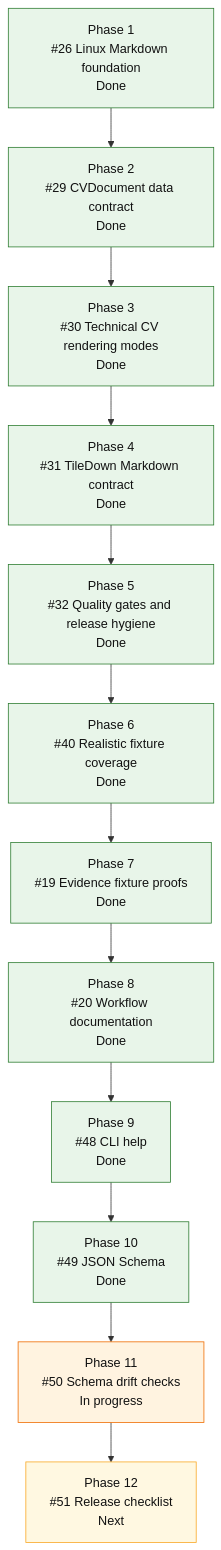
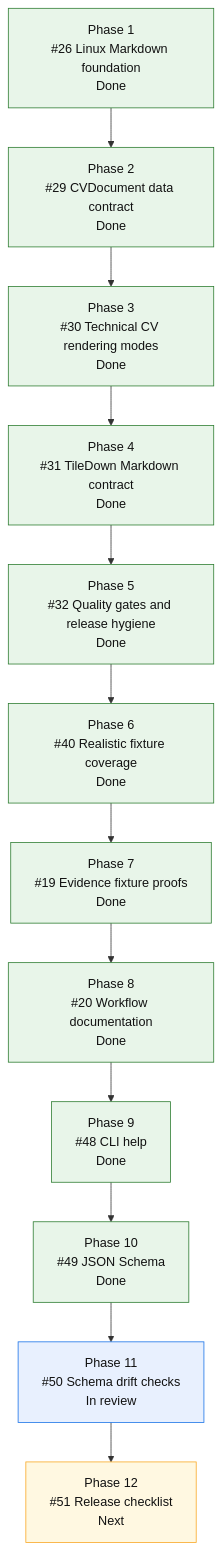
One commit to mihaelamj/cvbuilder changed the diagram in README.md. Above: the diagram before and after it, drawn with Mermaid. The commit also changed 1 other file, not shown here.

Commit message:
docs(roadmap): mark schema drift in review

````diff
--- a/README.md
+++ b/README.md
@@ -165,28 +165,28 @@
 ```mermaid
 flowchart TD
     P1["Phase 1<br/>#26 Linux Markdown foundation<br/>Done"]
     P2["Phase 2<br/>#29 CVDocument data contract<br/>Done"]
     P3["Phase 3<br/>#30 Technical CV rendering modes<br/>Done"]
     P4["Phase 4<br/>#31 TileDown Markdown contract<br/>Done"]
     P5["Phase 5<br/>#32 Quality gates and release hygiene<br/>Done"]
     P6["Phase 6<br/>#40 Realistic fixture coverage<br/>Done"]
     P7["Phase 7<br/>#19 Evidence fixture proofs<br/>Done"]
     P8["Phase 8<br/>#20 Workflow documentation<br/>Done"]
     P9["Phase 9<br/>#48 CLI help<br/>Done"]
     P10["Phase 10<br/>#49 JSON Schema<br/>Done"]
-    P11["Phase 11<br/>#50 Schema drift checks<br/>In progress"]
+    P11["Phase 11<br/>#50 Schema drift checks<br/>In review"]
     P12["Phase 12<br/>#51 Release checklist<br/>Next"]
 
     P1 --> P2 --> P3 --> P4 --> P5 --> P6 --> P7 --> P8 --> P9 --> P10 --> P11 --> P12
 
     classDef done fill:#e8f5e9,stroke:#2e7d32,color:#111;
     classDef active fill:#fff3e0,stroke:#ef6c00,color:#111;
     classDef review fill:#e8f0fe,stroke:#1a73e8,color:#111;
     classDef next fill:#fff8e1,stroke:#f9a825,color:#111;
     classDef partial fill:#e0f7fa,stroke:#00838f,color:#111;
     classDef todo fill:#eef3ff,stroke:#3367d6,color:#111;
     class P1,P2,P3,P4 done;
     class P5,P6,P7,P8,P9,P10 done;
-    class P11 active;
+    class P11 review;
     class P12 next;
 ```
````
